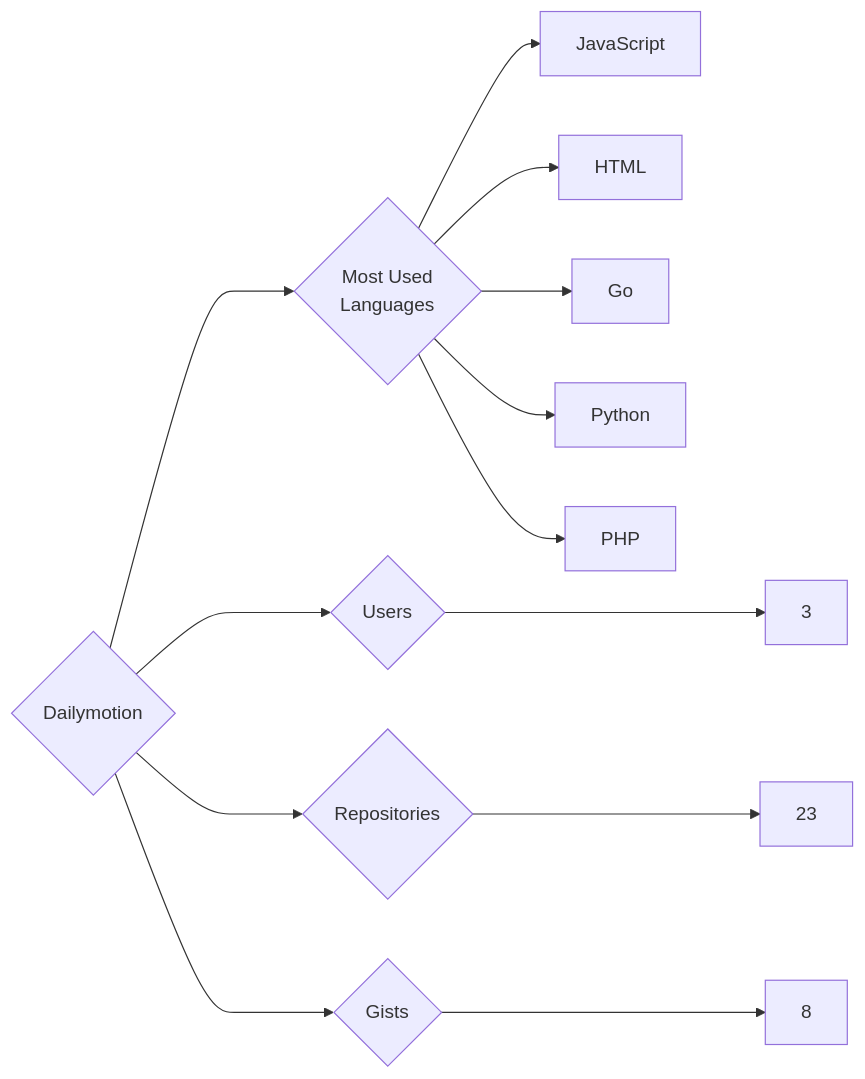
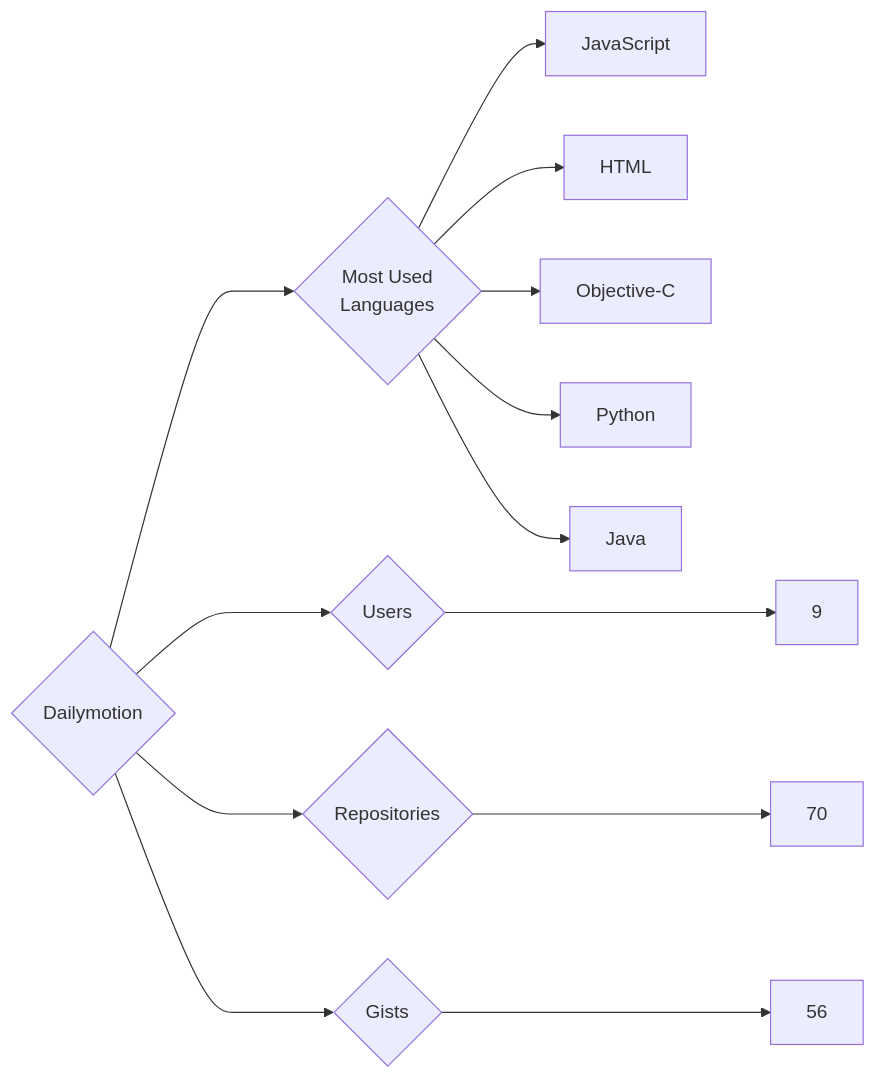
The diagram in targets/Dailymotion/README.md (trickest/insiders), drawn with Mermaid before and after one commit. The commit also changed 998 other files, not shown here.

````diff
--- a/targets/Dailymotion/README.md
+++ b/targets/Dailymotion/README.md
@@ -3,13 +3,13 @@
 ```mermaid
 graph LR
 COMPANY_NAME{Dailymotion}
-COMPANY_NAME ---> U{Users} ---> UN[3]
-COMPANY_NAME ---> R{Repositories} ---> RN[23]
-COMPANY_NAME ---> G{Gists} ---> GN[8]
+COMPANY_NAME ---> U{Users} ---> UN[9]
+COMPANY_NAME ---> R{Repositories} ---> RN[70]
+COMPANY_NAME ---> G{Gists} ---> GN[56]
 COMPANY_NAME ---> ML{Most Used<br>Languages}
 ML --> JavaScript[JavaScript]
 ML --> HTML[HTML]
-ML --> Go[Go]
+ML --> Objective-C[Objective-C]
 ML --> Python[Python]
-ML --> PHP[PHP]
+ML --> Java[Java]
 ```
````
